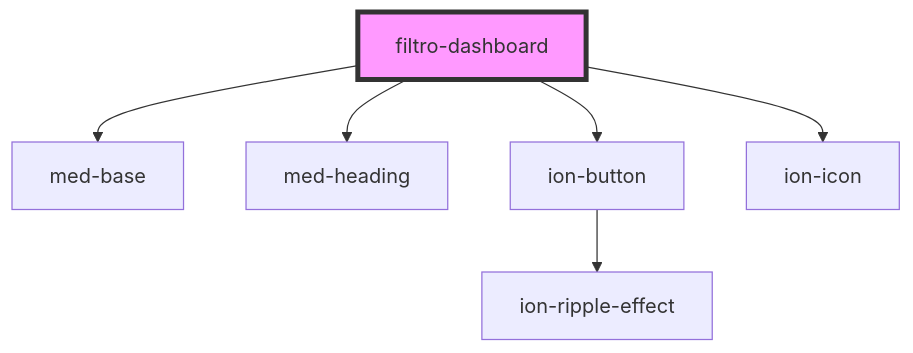
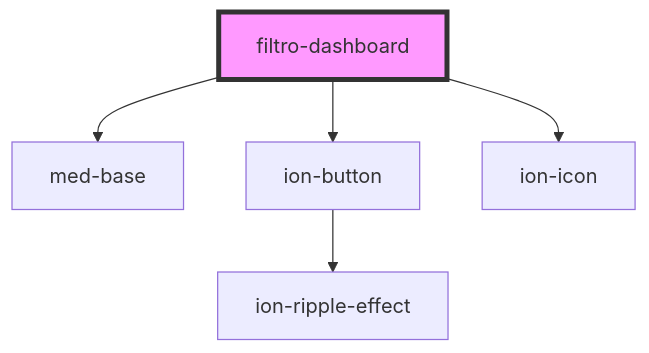
The diagram in core/src/components/@medgrupo/team/dashboard/filtro-dashboard/readme.md (MEDGRUPOGIT/ionic-framework-1), drawn with Mermaid before and after one commit. The commit also changed other lines of this file and 291 other files, not shown here.

````diff
--- a/core/src/components/@medgrupo/team/dashboard/filtro-dashboard/readme.md
+++ b/core/src/components/@medgrupo/team/dashboard/filtro-dashboard/readme.md
@@ -18,9 +17,8 @@
 ```mermaid
 graph TD;
   filtro-dashboard --> med-base
-  filtro-dashboard --> med-heading
   filtro-dashboard --> ion-button
   filtro-dashboard --> ion-icon
   ion-button --> ion-ripple-effect
   style filtro-dashboard fill:#f9f,stroke:#333,stroke-width:4px
 ```
````
